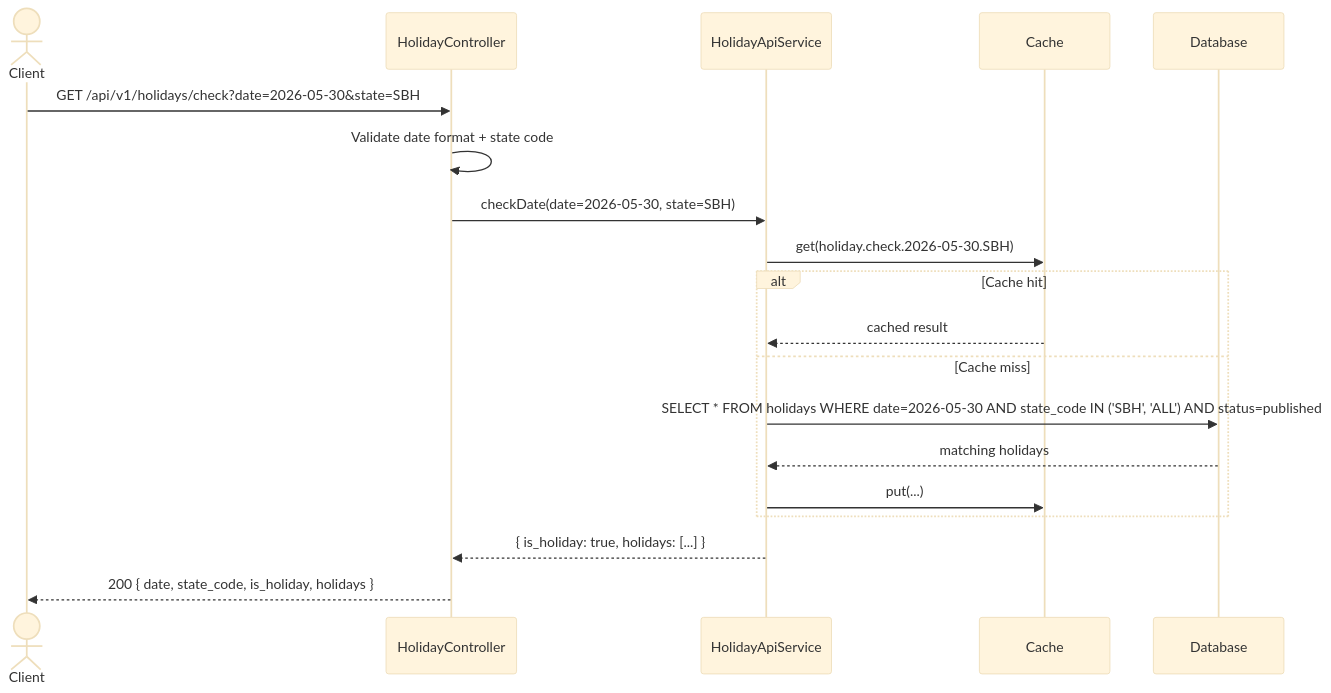
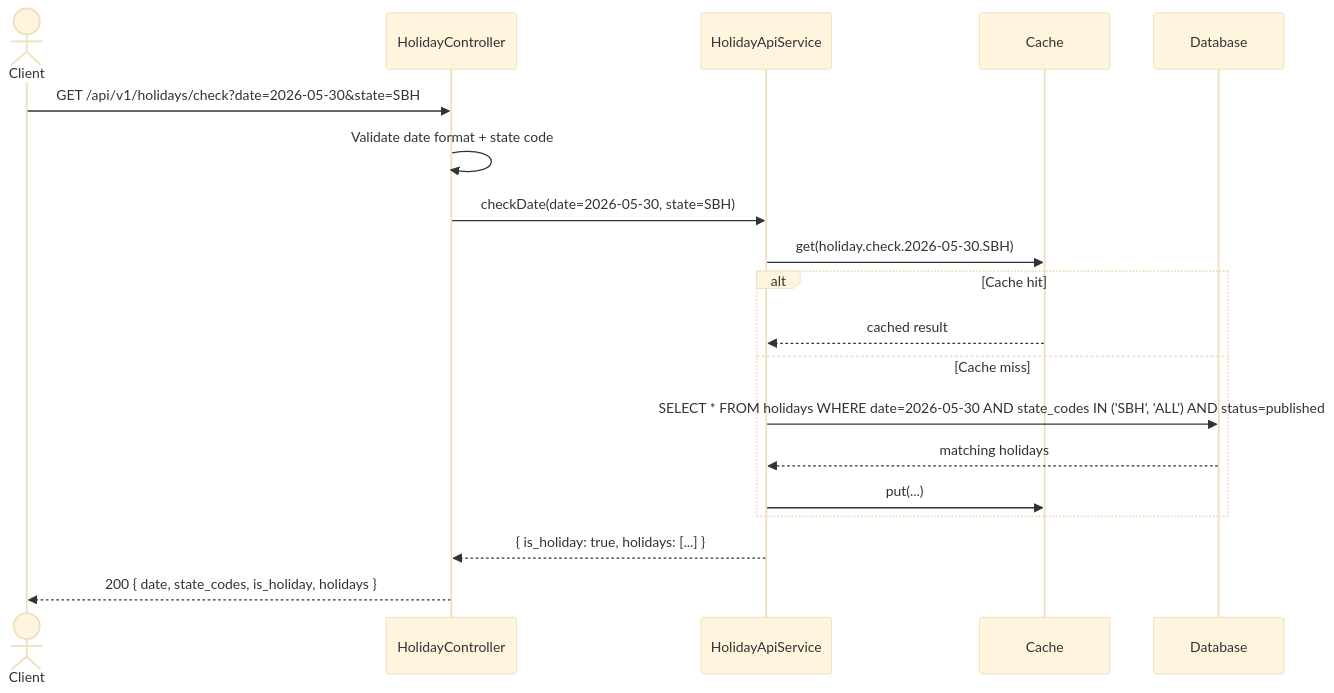
One commit to DyDxdYdX/malaysia-holiday-api changed the fifth of 7 diagrams in docs/04-sequence-diagrams.md. Above: the diagram before and after it, drawn with Mermaid (base theme). The commit also changed other lines of this file and 31 other files, not shown here.

Commit message:
refactor: refactor holidays management to support multiple state codes

````diff
--- a/docs/04-sequence-diagrams.md
+++ b/docs/04-sequence-diagrams.md
@@ -190,24 +190,24 @@
 ```mermaid
 sequenceDiagram
     actor Client
     participant HC as HolidayController
     participant AS as HolidayApiService
     participant CACHE as Cache
     participant DB as Database
 
     Client->>HC: GET /api/v1/holidays/check?date=2026-05-30&state=SBH
     HC->>HC: Validate date format + state code
     HC->>AS: checkDate(date=2026-05-30, state=SBH)
 
     AS->>CACHE: get(holiday.check.2026-05-30.SBH)
     alt Cache hit
         CACHE-->>AS: cached result
     else Cache miss
-        AS->>DB: SELECT * FROM holidays WHERE date=2026-05-30 AND state_code IN ('SBH', 'ALL') AND status=published
+        AS->>DB: SELECT * FROM holidays WHERE date=2026-05-30 AND state_codes IN ('SBH', 'ALL') AND status=published
         DB-->>AS: matching holidays
         AS->>CACHE: put(...)
     end
 
     AS-->>HC: { is_holiday: true, holidays: [...] }
-    HC-->>Client: 200 { date, state_code, is_holiday, holidays }
+    HC-->>Client: 200 { date, state_codes, is_holiday, holidays }
 ```
````
